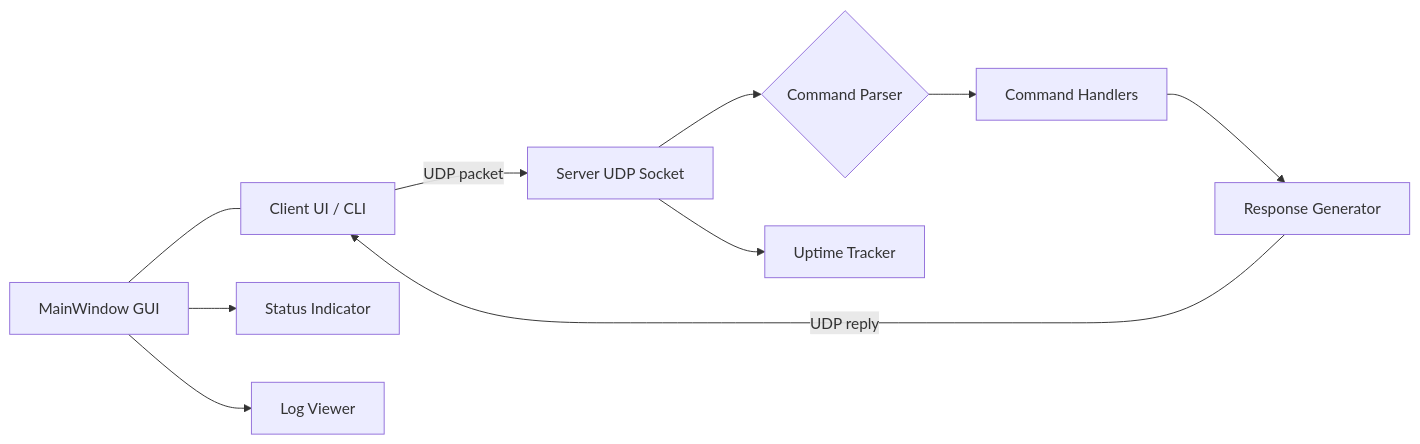
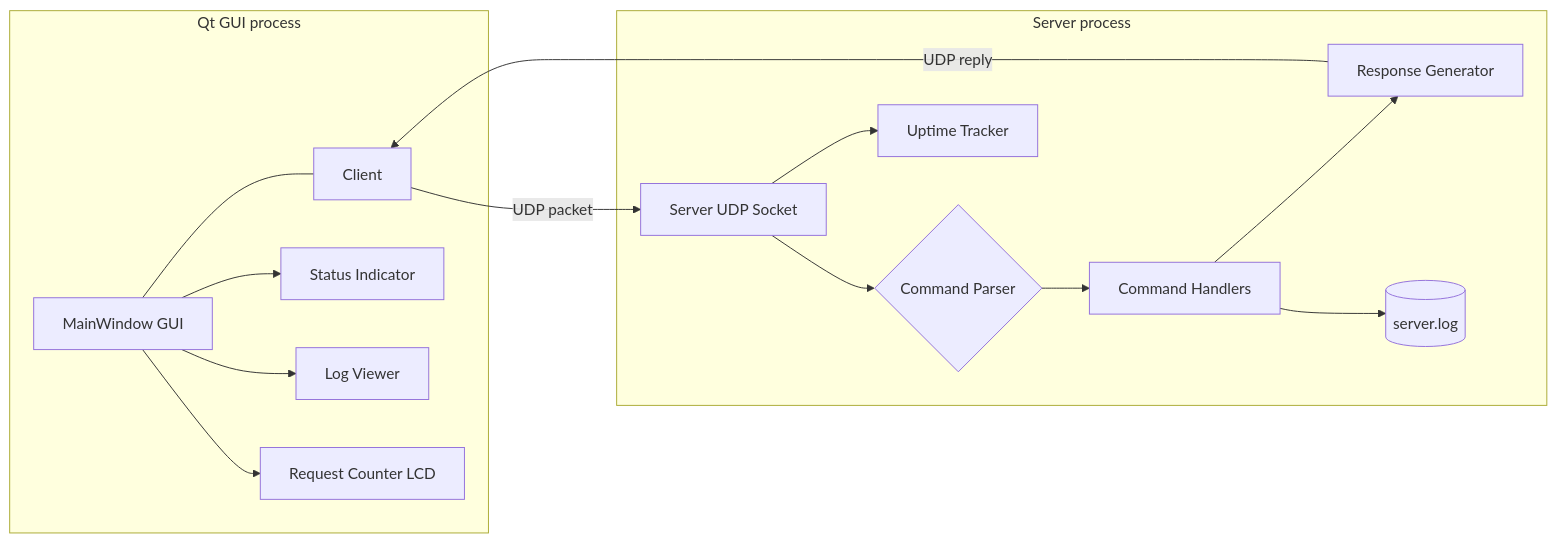
The third of 7 diagrams in README.md (MIhajloS07/QtUDPServerClient), drawn with Mermaid before and after one commit. The commit also changed other lines of this file, not shown here.

````diff
--- a/README.md
+++ b/README.md
@@ -118,12 +135,29 @@
 ```mermaid
 flowchart LR
-  Client[Client UI / CLI] -->|UDP packet| ServerSocket[Server UDP Socket]
-  ServerSocket --> Parser{Command Parser}
-  Parser --> Handlers[Command Handlers]
-  Handlers --> Response[Response Generator]
-  Response -->|UDP reply| Client
-  ServerSocket --> Uptime[Uptime Tracker]
-  MainWindow[MainWindow GUI] --- Client
-  MainWindow --> StatusLED[Status Indicator]
-  MainWindow --> LogViewer[Log Viewer]
+  subgraph Frontend [Qt GUI process]
+    MW[MainWindow GUI]
+    CL[Client]
+    LED[Status Indicator]
+    LV[Log Viewer]
+    CNT[Request Counter LCD]
+    MW --- CL
+    MW --> LED
+    MW --> LV
+    MW --> CNT
+  end
+
+  subgraph Backend [Server process]
+    SS[Server UDP Socket]
+    P{Command Parser}
+    H[Command Handlers]
+    RG[Response Generator]
+    UP[Uptime Tracker]
+    LG[(server.log)]
+    SS --> P --> H --> RG
+    SS --> UP
+    H --> LG
+  end
+
+  CL -->|UDP packet| SS
+  RG -->|UDP reply| CL
 ```
````
